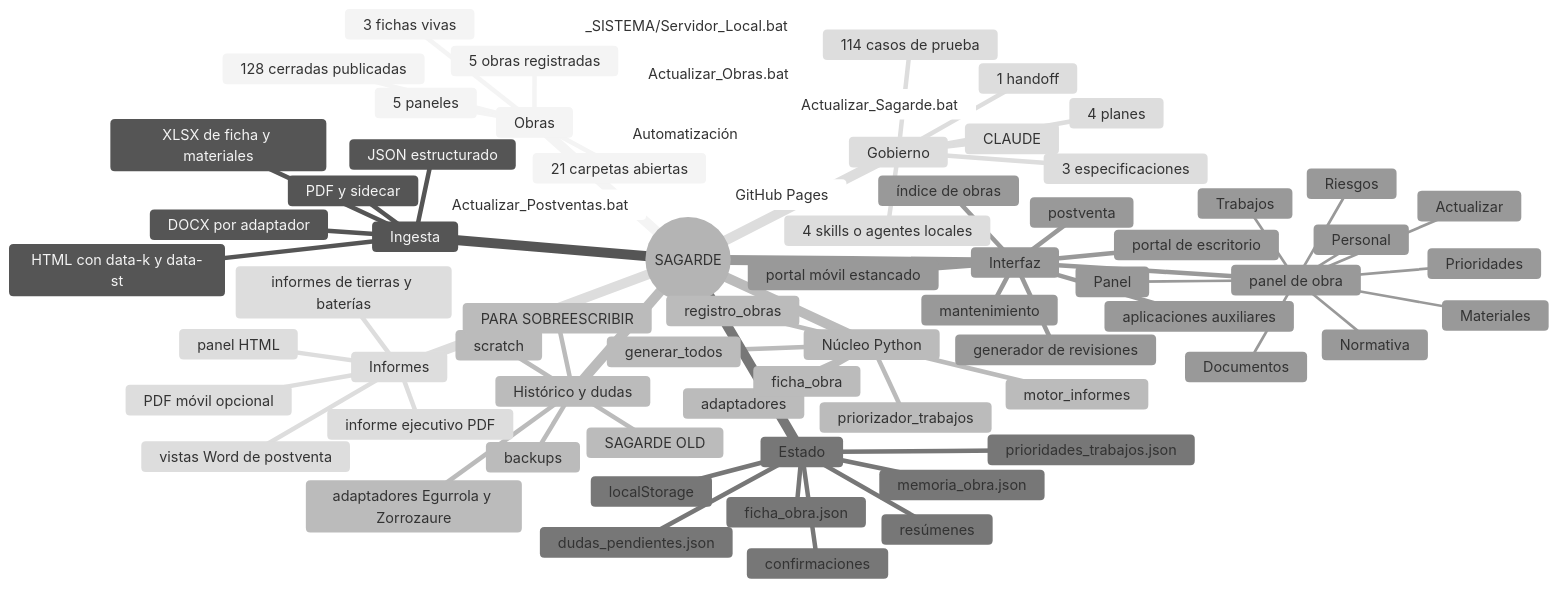
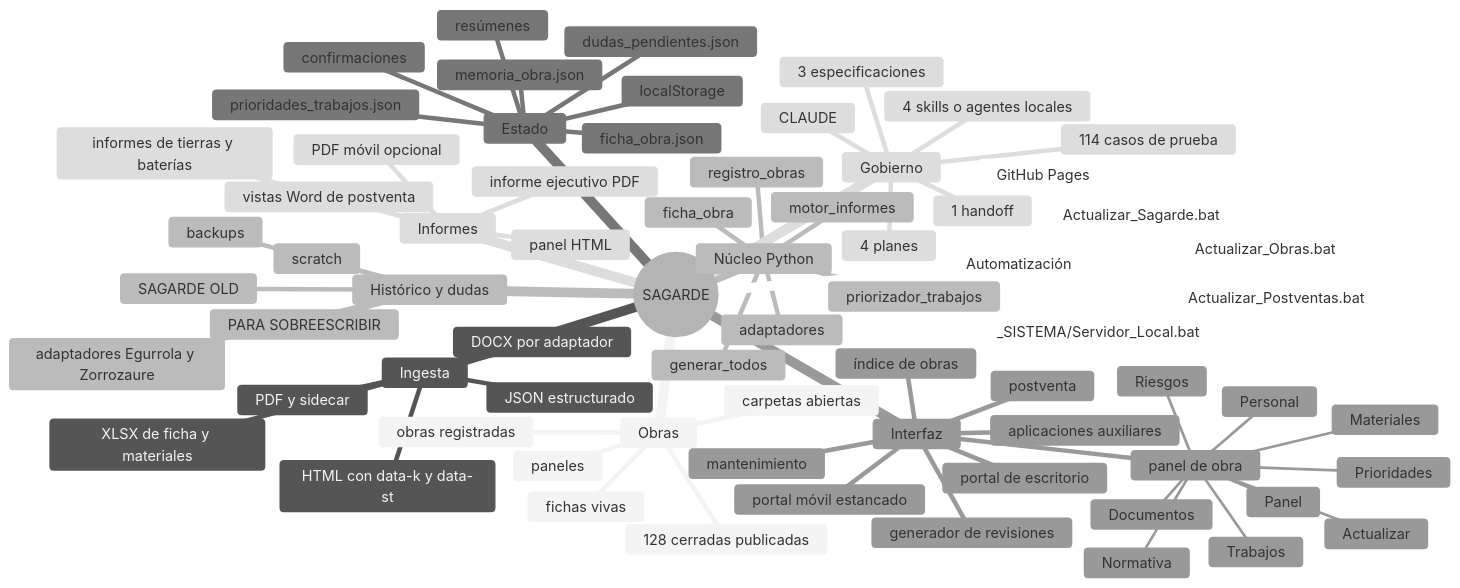
One commit to bixente-69/centro-mando-sagarde changed the first of 4 diagrams in _SISTEMA/docs/SAGARDE_MAPA_MENTAL_ENTORNO.md. Above: the diagram before and after it, drawn with Mermaid (neutral theme). The commit also changed other lines of this file and 128 other files, not shown here.

````diff
--- a/_SISTEMA/docs/SAGARDE_MAPA_MENTAL_ENTORNO.md
+++ b/_SISTEMA/docs/SAGARDE_MAPA_MENTAL_ENTORNO.md
@@ -165,74 +165,74 @@
 ```mermaid
 mindmap
   root((SAGARDE))
     Obras
-      21 carpetas abiertas
-      5 obras registradas
-      3 fichas vivas
-      5 paneles
+      carpetas abiertas
+      obras registradas
+      fichas vivas
+      paneles
       128 cerradas publicadas
     Ingesta
       DOCX por adaptador
       PDF y sidecar
       HTML con data-k y data-st
       JSON estructurado
       XLSX de ficha y materiales
     Núcleo Python
       registro_obras
       adaptadores
       ficha_obra
       motor_informes
       priorizador_trabajos
       generar_todos
     Estado
       ficha_obra.json
       memoria_obra.json
       prioridades_trabajos.json
       dudas_pendientes.json
       confirmaciones
       resúmenes
       localStorage
     Interfaz
       portal de escritorio
       portal móvil estancado
       índice de obras
       panel de obra
         Panel
         Trabajos
         Materiales
         Personal
         Prioridades
         Riesgos
         Normativa
         Documentos
         Actualizar
       generador de revisiones
       postventa
       mantenimiento
       aplicaciones auxiliares
     Informes
       panel HTML
       informe ejecutivo PDF
       PDF móvil opcional
       vistas Word de postventa
       informes de tierras y baterías
     Automatización
       Actualizar_Sagarde.bat
       Actualizar_Obras.bat
       Actualizar_Postventas.bat
       _SISTEMA/Servidor_Local.bat
       GitHub Pages
     Gobierno
       CLAUDE
       4 skills o agentes locales
       4 planes
       1 handoff
       3 especificaciones
       114 casos de prueba
     Histórico y dudas
       SAGARDE OLD
       backups
       scratch
       PARA SOBREESCRIBIR
       adaptadores Egurrola y Zorrozaure
 ```
````
